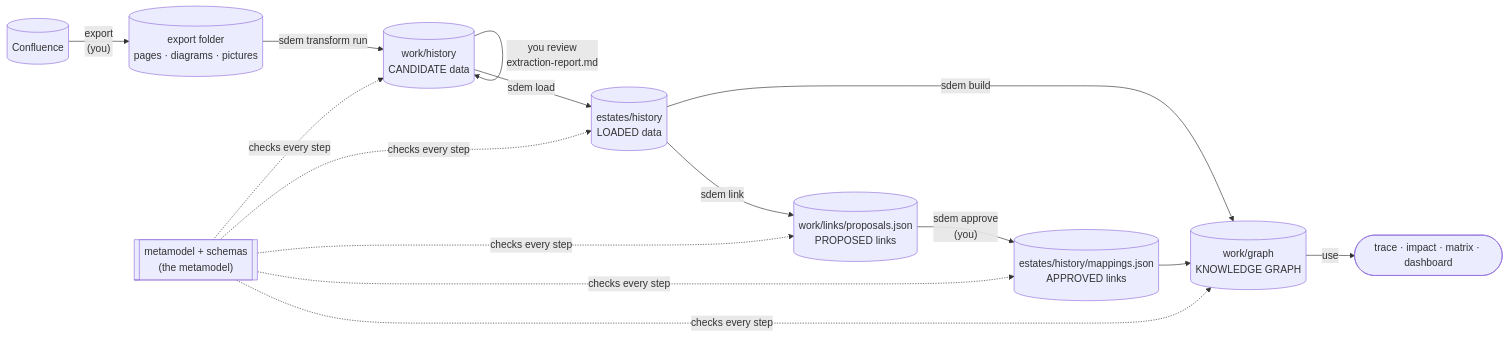
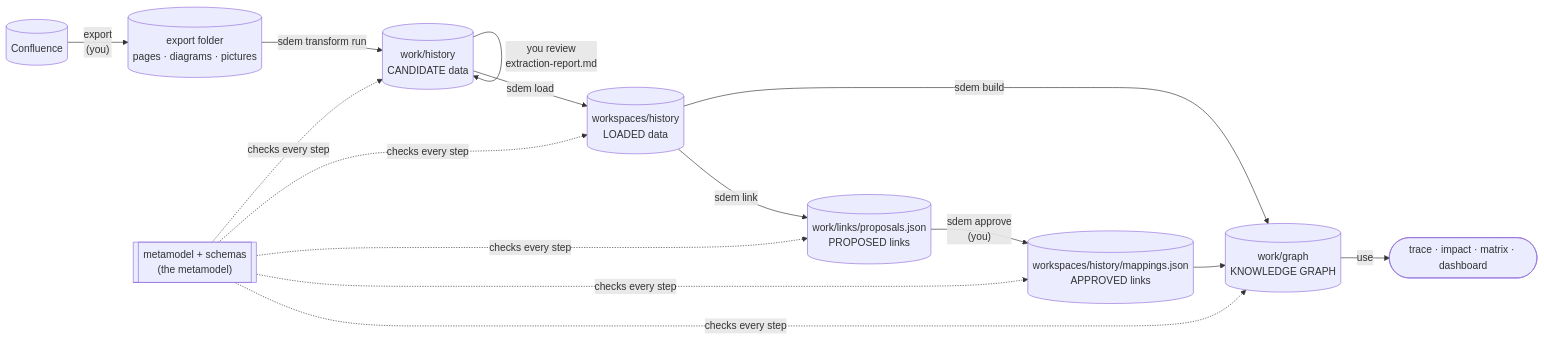
One commit to taumoeps/bian-sdem-framework changed the diagram in docs/design/sdem-onboarding-internals.md. Above: the diagram before and after it, drawn with Mermaid. The commit also changed other lines of this file and 155 other files, not shown here.

````diff
--- a/docs/design/sdem-onboarding-internals.md
+++ b/docs/design/sdem-onboarding-internals.md
@@ -7,13 +7,13 @@
 ```mermaid
 flowchart LR
     C[("Confluence")] -->|"export<br/>(you)"| X[("export folder<br/>pages · diagrams · pictures")]
     X -->|"sdem transform run"| W[("work/history<br/>CANDIDATE data")]
     W -->|"you review<br/>extraction-report.md"| W
-    W -->|"sdem load"| E[("estates/history<br/>LOADED data")]
+    W -->|"sdem load"| E[("workspaces/history<br/>LOADED data")]
     E -->|"sdem link"| P[("work/links/proposals.json<br/>PROPOSED links")]
-    P -->|"sdem approve<br/>(you)"| M[("estates/history/mappings.json<br/>APPROVED links")]
+    P -->|"sdem approve<br/>(you)"| M[("workspaces/history/mappings.json<br/>APPROVED links")]
     E -->|"sdem build"| G[("work/graph<br/>KNOWLEDGE GRAPH")]
     M --> G
     G -->|"use"| U(["trace · impact · matrix · dashboard"])
     MM[["metamodel + schemas<br/>(the metamodel)"]] -.->|"checks every step"| W & E & P & M & G
 ```
````
